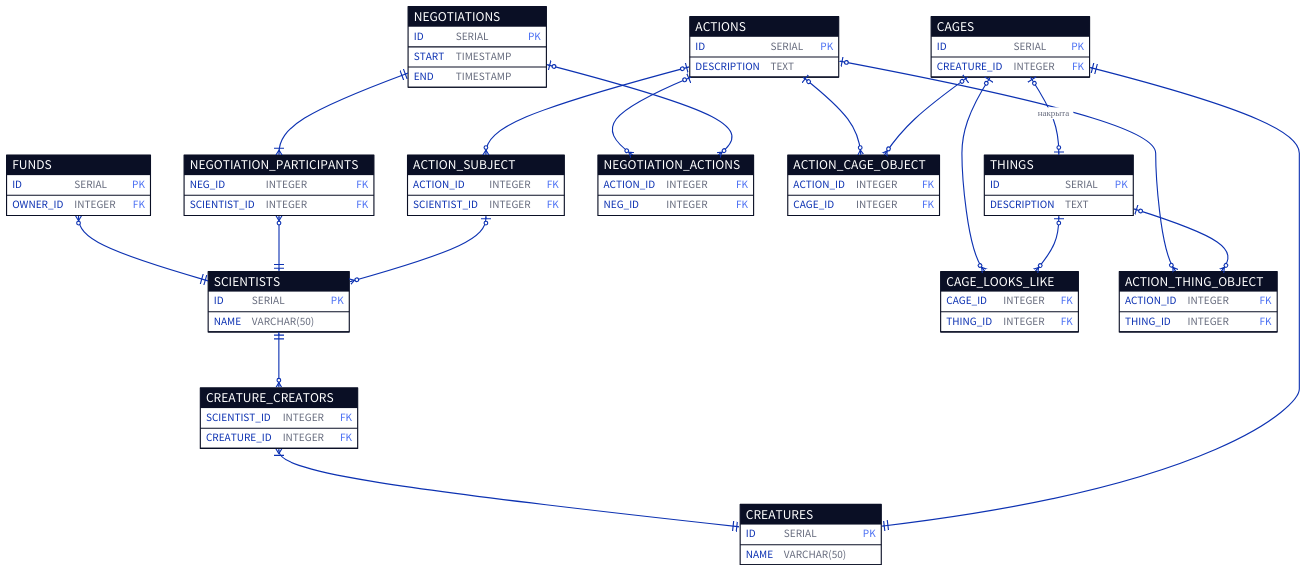
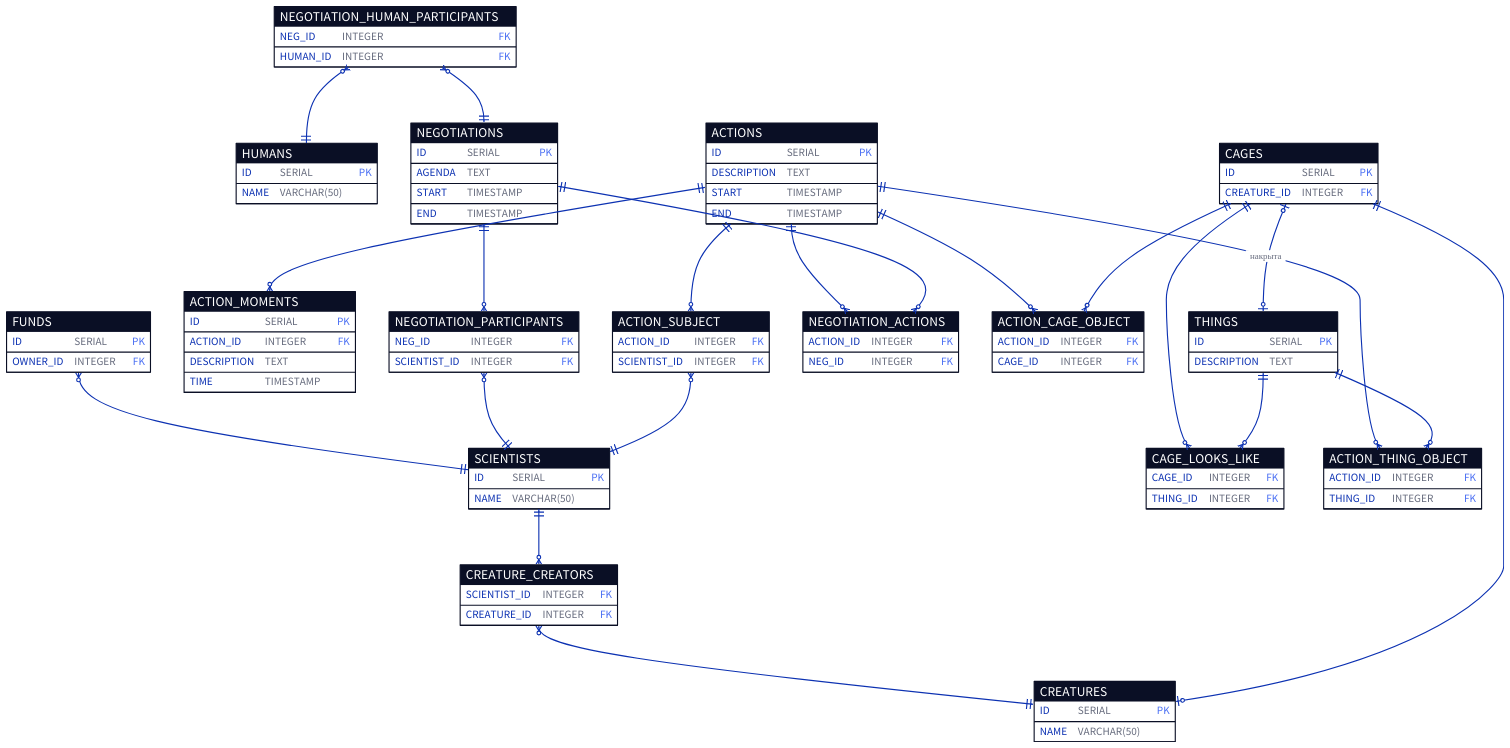
One commit to FEgor04/labs changed the diagram in databases/lab1/d2/datalogical.d2. Above: the diagram before and after it, drawn with D2. The commit also changed 8 other files, not shown here.

```diff
--- a/databases/lab1/d2/datalogical.d2
+++ b/databases/lab1/d2/datalogical.d2
@@ -1,3 +1,9 @@
+HUMANS: {
+  shape: sql_table
+  ID: SERIAL {constraint: primary_key}
+  NAME: VARCHAR(50)
+}
+
 SCIENTISTS: {
   shape: sql_table
   ID: SERIAL {constraint: primary_key}
@@ -25,6 +31,7 @@
 NEGOTIATIONS: {
   shape: sql_table
   ID: SERIAL {constraint: primary_key}
+  AGENDA: TEXT
   START: TIMESTAMP
   END: TIMESTAMP
 }
@@ -33,6 +40,16 @@
   shape: sql_table
   ID: SERIAL {constraint: primary_key}
   DESCRIPTION: TEXT
+  START: TIMESTAMP
+  END: TIMESTAMP
+}
+
+ACTION_MOMENTS: {
+  shape: sql_table
+  ID: SERIAL {constraint: primary_key}
+  ACTION_ID: INTEGER {constraint: foreign_key}
+  DESCRIPTION: TEXT
+  TIME: TIMESTAMP
 }
 
 THINGS: {
@@ -77,6 +94,12 @@
   SCIENTIST_ID: INTEGER {constraint: foreign_key}
 }
 
+NEGOTIATION_HUMAN_PARTICIPANTS: {
+  shape: sql_table
+  NEG_ID: INTEGER {constraint: foreign_key}
+  HUMAN_ID: INTEGER {constraint: foreign_key}
+}
+
 
 CREATURE_CREATORS: {
   shape: sql_table
@@ -98,7 +121,7 @@
     shape: cf-one-required
   }
   source-arrowhead: {
-    shape: cf-many-required
+    shape: cf-many
   }
 }
 
@@ -116,7 +139,7 @@
     shape: cf-one-required
   }
   target-arrowhead: {
-    shape: cf-many-required
+    shape: cf-many
   }
 }
 NEGOTIATION_PARTICIPANTS.SCIENTIST_ID <-> SCIENTISTS.ID {
@@ -133,15 +156,15 @@
     shape: cf-many
   }
   source-arrowhead: {
-    shape: cf-one
+    shape: cf-one-required
   }
 }
 ACTION_SUBJECT.SCIENTIST_ID <-> SCIENTISTS.ID {
   target-arrowhead: {
-    shape: cf-many
+    shape: cf-one-required
   }
   source-arrowhead: {
-    shape: cf-one
+    shape: cf-many
   }
 }
 
@@ -150,7 +173,7 @@
     shape: cf-many
   }
   source-arrowhead: {
-    shape: cf-one
+    shape: cf-one-required
   }
 }
 
@@ -159,13 +182,13 @@
     shape: cf-many
   }
   source-arrowhead: {
-    shape: cf-one
+    shape: cf-one-required
   }
 }
 
 CAGES.CREATURE_ID <-> CREATURES.ID {
   target-arrowhead: {
-    shape: cf-one-required
+    shape: cf-one
   }
   source-arrowhead: {
     shape: cf-one-required
@@ -186,7 +209,7 @@
     shape: cf-many
   }
   source-arrowhead: {
-    shape: cf-one
+    shape: cf-one-required
   }
 }
 
@@ -195,7 +218,7 @@
     shape: cf-many
   }
   source-arrowhead: {
-    shape: cf-one
+    shape: cf-one-required
   }
 }
 
@@ -204,7 +227,7 @@
     shape: cf-many
   }
   source-arrowhead: {
-    shape: cf-one
+    shape: cf-one-required
   }
 }
 
@@ -213,7 +236,7 @@
     shape: cf-many
   }
   source-arrowhead: {
-    shape: cf-one
+    shape: cf-one-required
   }
 }
 
@@ -222,7 +245,7 @@
     shape: cf-many
   }
   source-arrowhead: {
-    shape: cf-one
+    shape: cf-one-required
   }
 }
 
@@ -231,6 +254,32 @@
     shape: cf-many
   }
   source-arrowhead: {
-    shape: cf-one
+    shape: cf-one-required
   }
 }
+
+NEGOTIATION_HUMAN_PARTICIPANTS.HUMAN_ID <-> HUMANS.ID {
+  source-arrowhead: {
+    shape: cf-many
+  }
+  target-arrowhead: {
+    shape: cf-one-required
+  }
+}
+NEGOTIATION_HUMAN_PARTICIPANTS.NEG_ID <-> NEGOTIATIONS.ID {
+  source-arrowhead: {
+    shape: cf-many
+  }
+  target-arrowhead: {
+    shape: cf-one-required
+  }
+}
+
+ACTIONS.ID <-> ACTION_MOMENTS.ACTION_ID { 
+  source-arrowhead: {
+    shape: cf-one-required
+  }
+  target-arrowhead: {
+    shape: cf-many
+  }
+}
```
